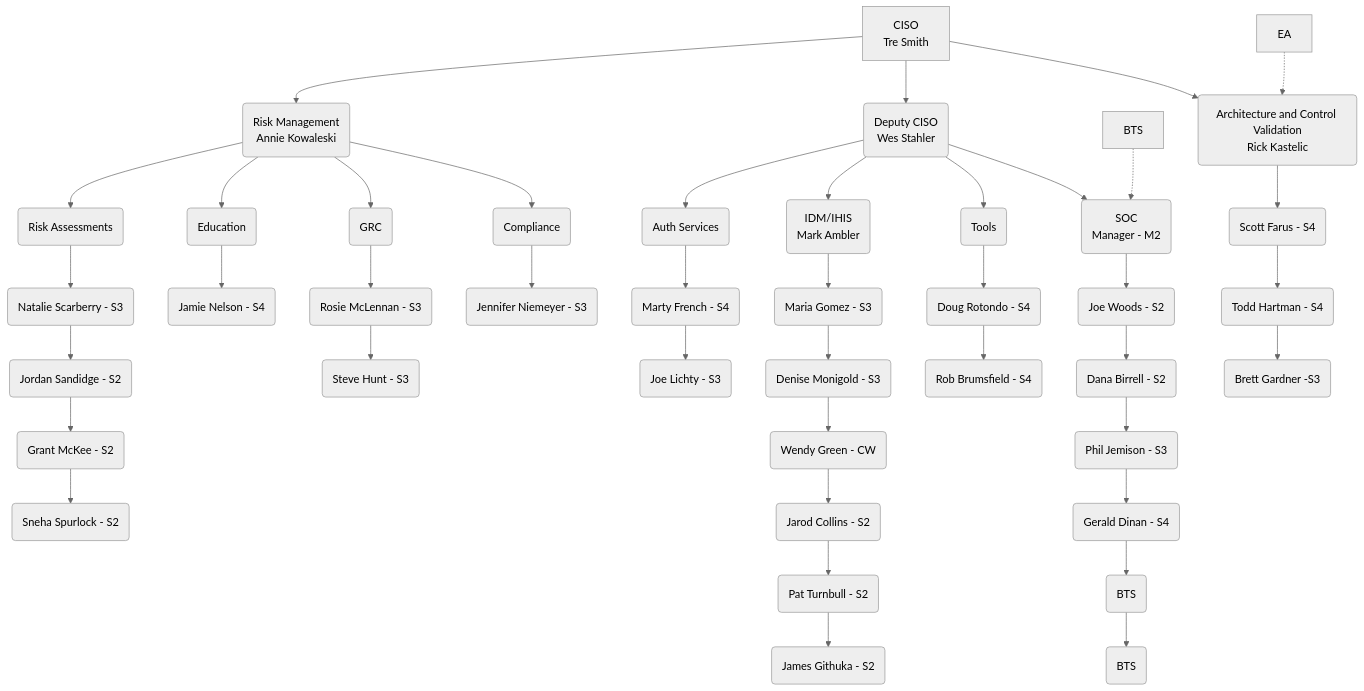
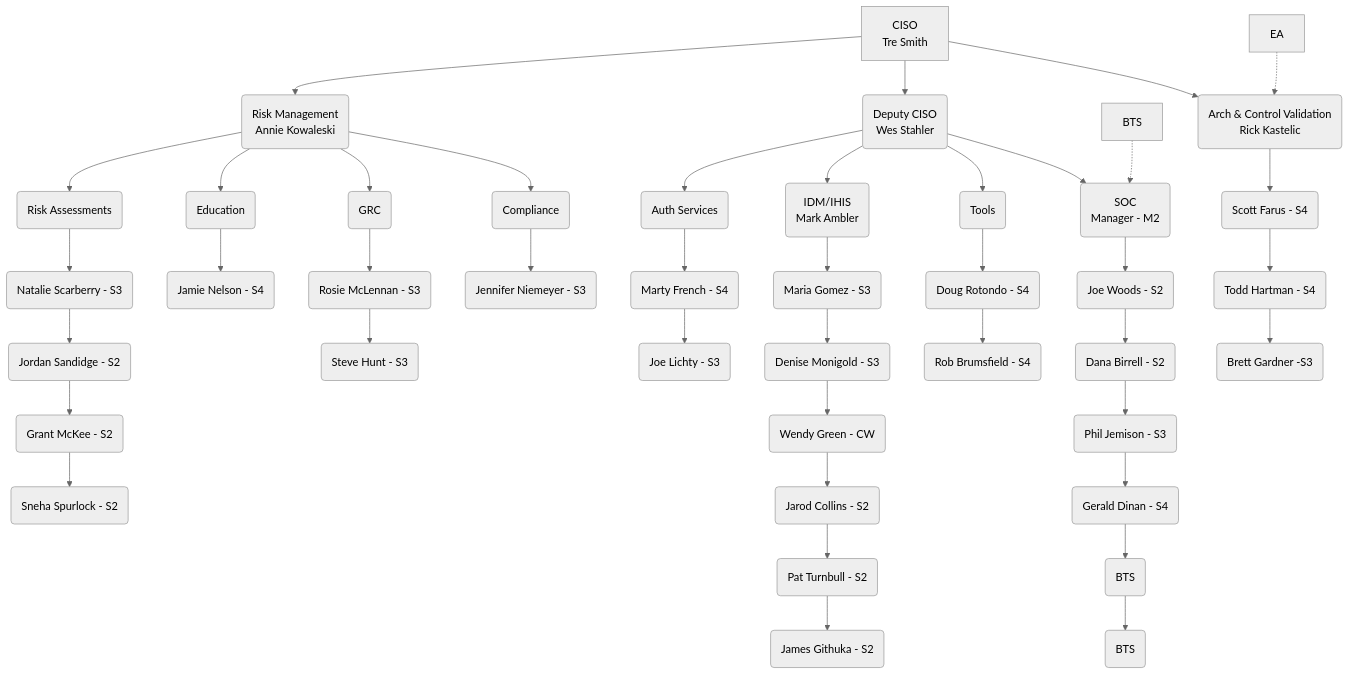
Before and after one commit to stahler/MermaidDiagrams: the diagram in CISO_Future.md, drawn with Mermaid (neutral theme). The commit also changed 1 other file, not shown here.

````diff
--- a/CISO_Future.md
+++ b/CISO_Future.md
@@ -1,55 +1,56 @@
 ```mermaid
 flowchart TD
     A[CISO<br>Tre Smith] -->R(Risk Management<br>Annie Kowaleski)
-    
-    
+    A -->DS(Deputy CISO<br>Wes Stahler)
+    A -->AR(Arch & Control Validation<br>Rick Kastelic)
+
+    %%  Risk Management Team
     R --> Risk(Risk Assessments)
     Risk --> NS(Natalie Scarberry - S3)
     NS --> JS(Jordan Sandidge - S2)
     JS --> GM(Grant McKee - S2)
     GM --> SS(Sneha Spurlock - S2)
 
     R --> ED(Education)
     ED --> J(Jamie Nelson - S4)
     
     R --> GRC(GRC)
     GRC --> RM(Rosie McLennan - S3)
     RM --> SH(Steve Hunt - S3)
 
     R --> C(Compliance)
     C --> JN(Jennifer Niemeyer - S3)
     
-    A -->DS(Deputy CISO<br>Wes Stahler)
-    
+    %% Identity, Etc.    
     DS --> AD(Auth Services)
     AD --> MF(Marty French - S4)
     MF --> JL(Joe Lichty - S3)
+    
     DS --> IDM(IDM/IHIS<br> Mark Ambler)
     IDM -->MG(Maria Gomez - S3)
     MG -->DM(Denise Monigold - S3)
     DM -->WG(Wendy Green - CW)
     WG -->JC(Jarod Collins - S2)
     JC -->PT(Pat Turnbull - S2)
     PT -->JG(James Githuka - S2)
     
     DS --> Tools(Tools)
     Tools --> DR(Doug Rotondo - S4)
     DR --> RB(Rob Brumsfield - S4)
     DS --> SOC(SOC<br>Manager - M2)
+    
     SOC--> JW(Joe Woods - S2)
     JW --> DB(Dana Birrell - S2)
     DB --> PJ(Phil Jemison - S3)
     PJ --> GD(Gerald Dinan - S4)
     GD -->O1(BTS)
     O1 -->O2(BTS)
     BTS -.-> SOC
 
-    A -->AR(Architecture and Control Validation<br>Rick Kastelic)
+    %% Security Architecture 
     EA[EA] -.-> AR
     AR --> SF(Scott Farus - S4)
     SF --> TH(Todd Hartman - S4)
-    TH --> BG(Brett Gardner -S3)
-    
-    
+    TH --> BG(Brett Gardner -S3)   
     
 ```
````
